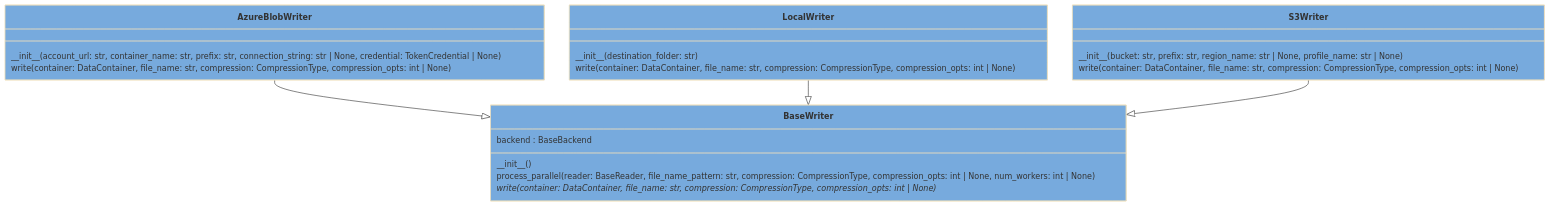
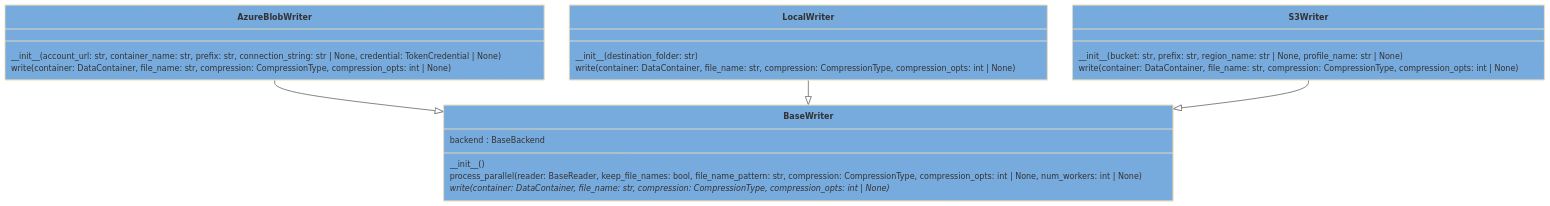
The diagram in docs/pyreverse/mermaid/classes_pythermondt.writers.mmd (voidsy-gmbh/pyThermoNDT), drawn with Mermaid (base theme) before and after one commit. The commit also changed 9 other files, not shown here.

```diff
--- a/docs/pyreverse/mermaid/classes_pythermondt.writers.mmd
+++ b/docs/pyreverse/mermaid/classes_pythermondt.writers.mmd
@@ -1,26 +1,26 @@
 classDiagram
   class AzureBlobWriter {
     \_\_init\_\_(account_url: str, container_name: str, prefix: str, connection_string: str | None, credential: TokenCredential | None)
     write(container: DataContainer, file_name: str, compression: CompressionType, compression_opts: int | None)
   }
   style AzureBlobWriter fill:#77AADD
   class BaseWriter {
     backend : BaseBackend
     \_\_init\_\_()
-    process_parallel(reader: BaseReader, file_name_pattern: str, compression: CompressionType, compression_opts: int | None, num_workers: int | None)
+    process_parallel(reader: BaseReader, keep_file_names: bool, file_name_pattern: str, compression: CompressionType, compression_opts: int | None, num_workers: int | None)
     write(container: DataContainer, file_name: str, compression: CompressionType, compression_opts: int | None)*
   }
   style BaseWriter fill:#77AADD
   class LocalWriter {
     \_\_init\_\_(destination_folder: str)
     write(container: DataContainer, file_name: str, compression: CompressionType, compression_opts: int | None)
   }
   style LocalWriter fill:#77AADD
   class S3Writer {
     \_\_init\_\_(bucket: str, prefix: str, region_name: str | None, profile_name: str | None)
     write(container: DataContainer, file_name: str, compression: CompressionType, compression_opts: int | None)
   }
   style S3Writer fill:#77AADD
   AzureBlobWriter --|> BaseWriter
   LocalWriter --|> BaseWriter
   S3Writer --|> BaseWriter
```
